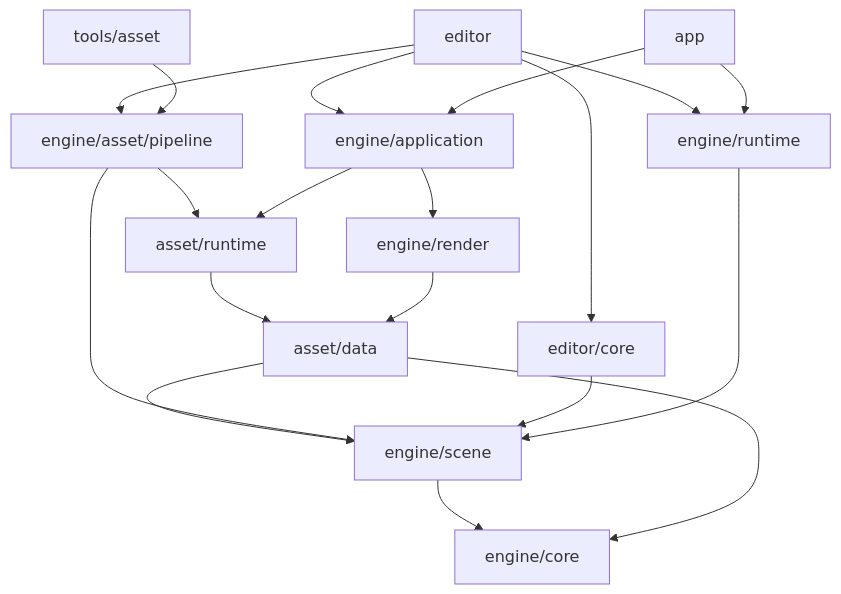
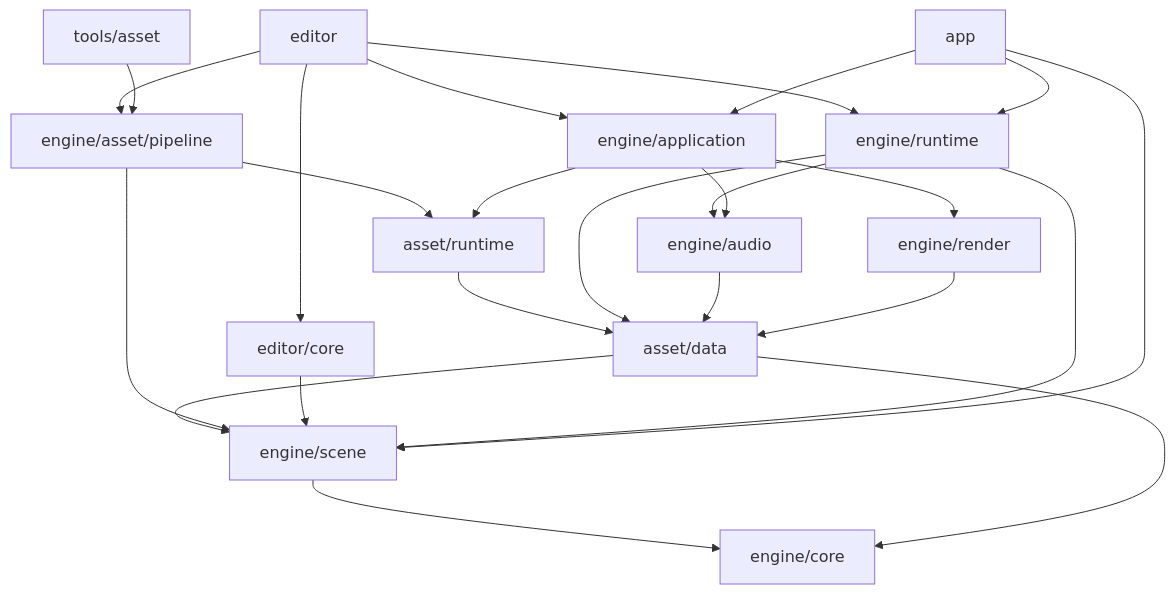
The diagram in docs/architecture.md (Ralts72/Comet-rust), drawn with Mermaid before and after one commit. The commit also changed other lines of this file and 349 other files, not shown here.

````diff
--- a/docs/architecture.md
+++ b/docs/architecture.md
@@ -53,22 +55,27 @@
 ```mermaid
 flowchart TD
     Core[engine/core]
     Scene[engine/scene] --> Core
     Data[asset/data] --> Scene
     Data --> Core
     Assets[asset/runtime] --> Data
     Pipeline[engine/asset/pipeline] --> Assets
     Pipeline --> Scene
     Document[editor/core] --> Scene
     Runtime[engine/runtime] --> Scene
+    Runtime --> Data
+    Runtime --> Audio[engine/audio]
+    Audio --> Data
     Render[engine/render] --> Data
     Application[engine/application] --> Assets
     Application --> Render
+    Application --> Audio
     Editor[editor] --> Document
     Editor --> Pipeline
     Editor --> Runtime
     Editor --> Application
     Game[app] --> Runtime
+    Game --> Scene
     Game --> Application
     Assetc[tools/asset] --> Pipeline
 ```
````
